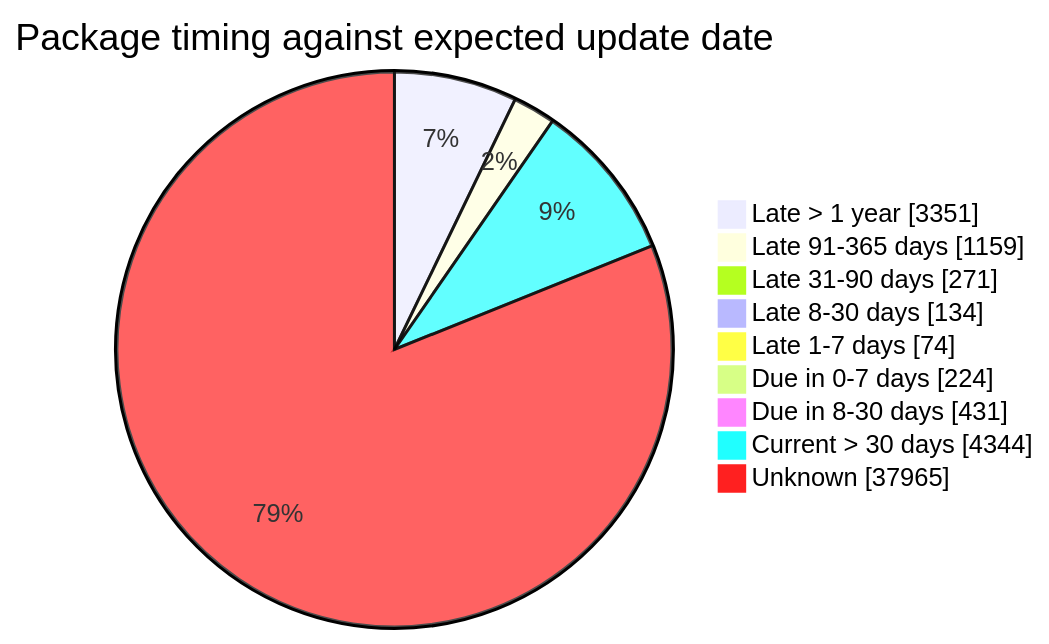
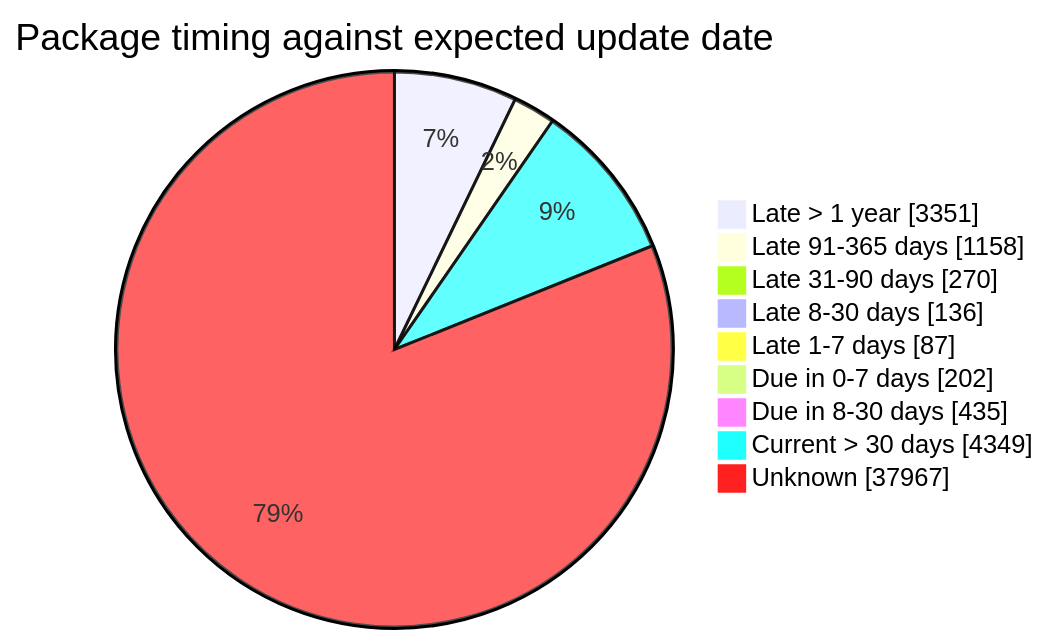
One commit to open-data/analytics-corporate-reporting changed the fourth of 5 diagrams in FreshCheck/README.md. Above: the diagram before and after it, drawn with Mermaid. The commit also changed other lines of this file and 3 other files, not shown here.

````diff
--- a/FreshCheck/README.md
+++ b/FreshCheck/README.md
@@ -86,12 +86,12 @@
 ```mermaid
 pie showData title Package timing against expected update date
     "Late > 1 year": 3351
-    "Late 91-365 days": 1159
-    "Late 31-90 days": 271
-    "Late 8-30 days": 134
-    "Late 1-7 days": 74
-    "Due in 0-7 days": 224
-    "Due in 8-30 days": 431
-    "Current > 30 days": 4344
-    "Unknown": 37965
+    "Late 91-365 days": 1158
+    "Late 31-90 days": 270
+    "Late 8-30 days": 136
+    "Late 1-7 days": 87
+    "Due in 0-7 days": 202
+    "Due in 8-30 days": 435
+    "Current > 30 days": 4349
+    "Unknown": 37967
 ```
````
